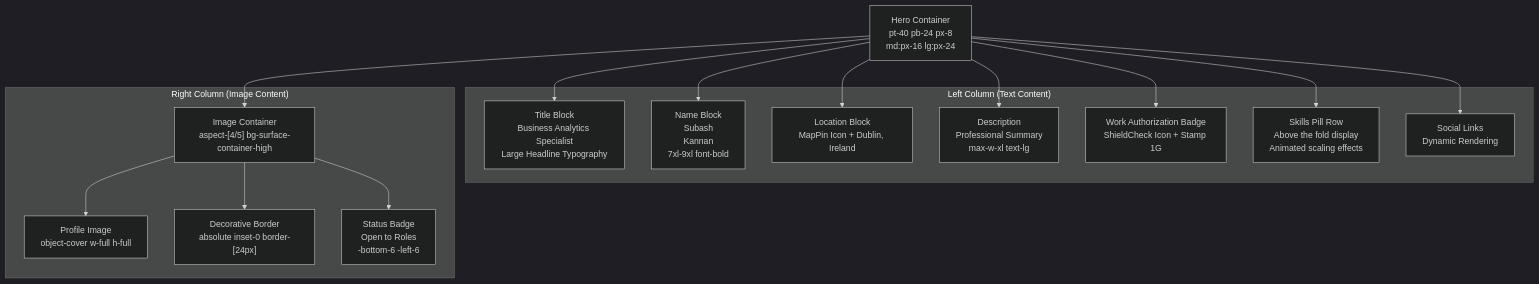
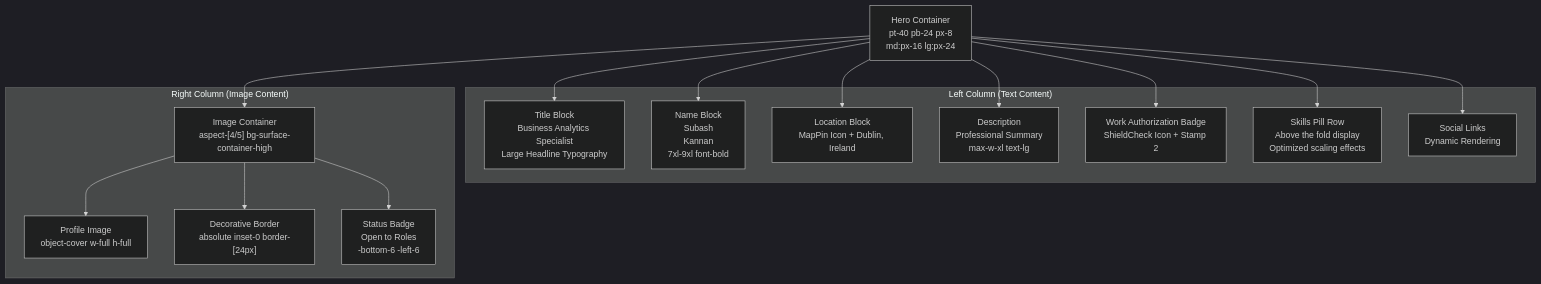
The fifth of 6 diagrams in .qoder/repowiki/en/content/Component Library & UI Elements/Hero Component.md (subash7781/Portfolio), drawn with Mermaid (dark theme) before and after one commit. The commit also changed other lines of this file and 9 other files, not shown here.

````diff
--- a/.qoder/repowiki/en/content/Component Library & UI Elements/Hero Component.md
+++ b/.qoder/repowiki/en/content/Component Library & UI Elements/Hero Component.md
@@ -230,30 +233,30 @@
 ```mermaid
 flowchart TD
 HeroContainer["Hero Container<br/>pt-40 pb-24 px-8<br/>md:px-16 lg:px-24"]
 subgraph "Left Column (Text Content)"
 TitleBlock["Title Block<br/>Business Analytics Specialist<br/>Large Headline Typography"]
 NameBlock["Name Block<br/>Subash<br/>Kannan<br/>7xl-9xl font-bold"]
 LocationBlock["Location Block<br/>MapPin Icon + Dublin, Ireland"]
 DescriptionBlock["Description<br/>Professional Summary<br/>max-w-xl text-lg"]
-WorkAuthBadge["Work Authorization Badge<br/>ShieldCheck Icon + Stamp 1G"]
-SkillsPillRow["Skills Pill Row<br/>Above the fold display<br/>Animated scaling effects"]
+WorkAuthBadge["Work Authorization Badge<br/>ShieldCheck Icon + Stamp 2"]
+SkillsPillRow["Skills Pill Row<br/>Above the fold display<br/>Optimized scaling effects"]
 SocialBlock["Social Links<br/>Dynamic Rendering"]
 end
 subgraph "Right Column (Image Content)"
 ImageContainer["Image Container<br/>aspect-[4/5] bg-surface-container-high"]
 ProfileImage["Profile Image<br/>object-cover w-full h-full"]
 DecorativeBorder["Decorative Border<br/>absolute inset-0 border-[24px]"]
 StatusBadge["Status Badge<br/>Open to Roles<br/>-bottom-6 -left-6"]
 end
 HeroContainer --> TitleBlock
 HeroContainer --> NameBlock
 HeroContainer --> LocationBlock
 HeroContainer --> DescriptionBlock
 HeroContainer --> WorkAuthBadge
 HeroContainer --> SkillsPillRow
 HeroContainer --> SocialBlock
 HeroContainer --> ImageContainer
 ImageContainer --> ProfileImage
 ImageContainer --> DecorativeBorder
 ImageContainer --> StatusBadge
 ```
````
